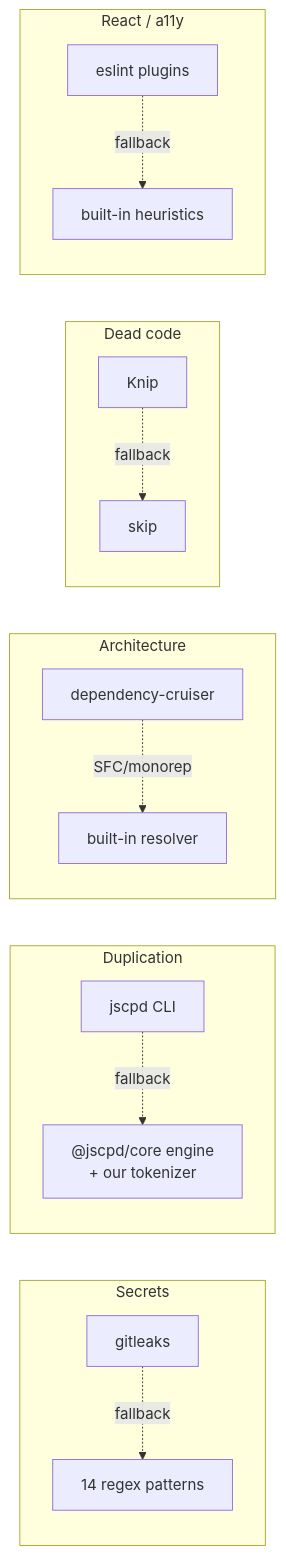
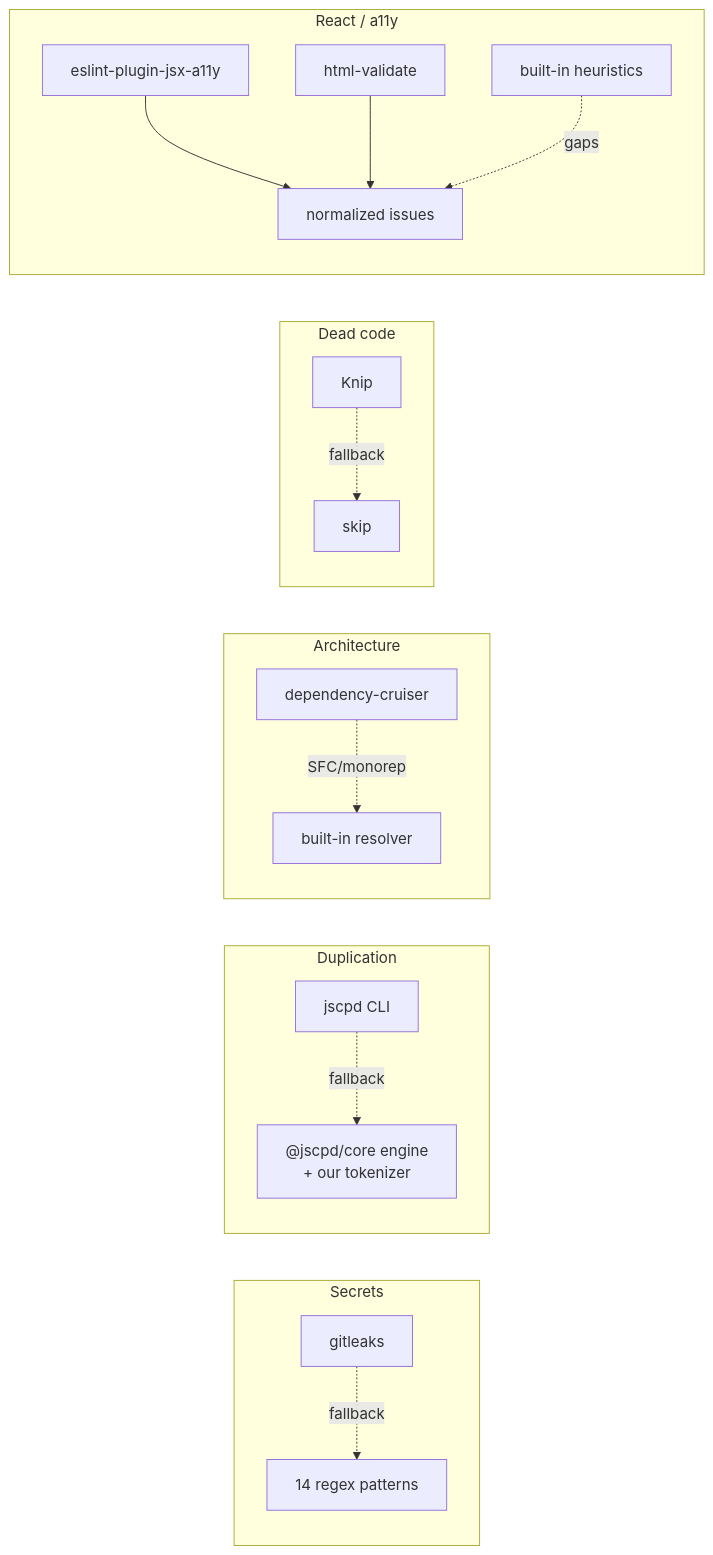
Before and after one commit to vibecodeqa/vibecodeqa: the second of 3 diagrams in docs/docs/architecture.md, drawn with Mermaid. The commit also changed other lines of this file and 13 other files, not shown here.

````diff
--- a/docs/docs/architecture.md
+++ b/docs/docs/architecture.md
@@ -31,18 +31,20 @@
 ```mermaid
 flowchart LR
   subgraph Secrets
     S1[gitleaks] -.fallback.-> S2[14 regex patterns]
   end
   subgraph Duplication
     D1[jscpd CLI] -.fallback.-> D2["@jscpd/core engine<br/>+ our tokenizer"]
   end
   subgraph Architecture
     A1[dependency-cruiser] -.SFC/monorepo.-> A2[built-in resolver]
   end
   subgraph Dead code
     K1[Knip] -.fallback.-> K2[skip]
   end
   subgraph React / a11y
-    R1[eslint plugins] -.fallback.-> R2[built-in heuristics]
+    R1[eslint-plugin-jsx-a11y] --> R2[normalized issues]
+    R3[html-validate] --> R2
+    R4[built-in heuristics] -.gaps.-> R2
   end
 ```
````
